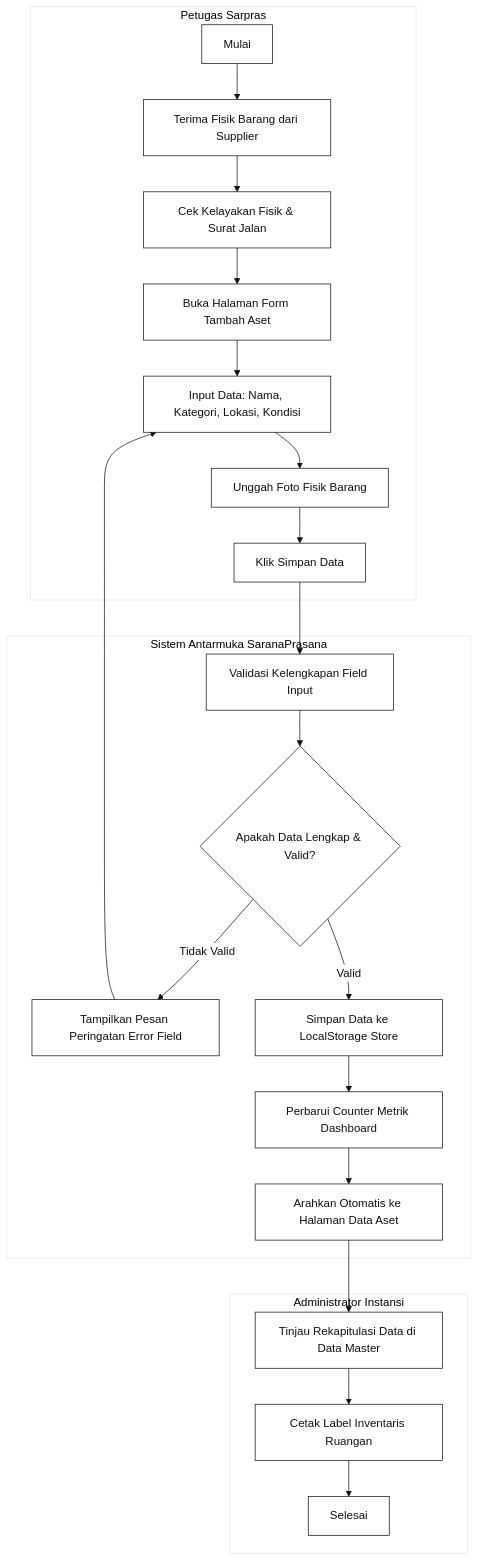
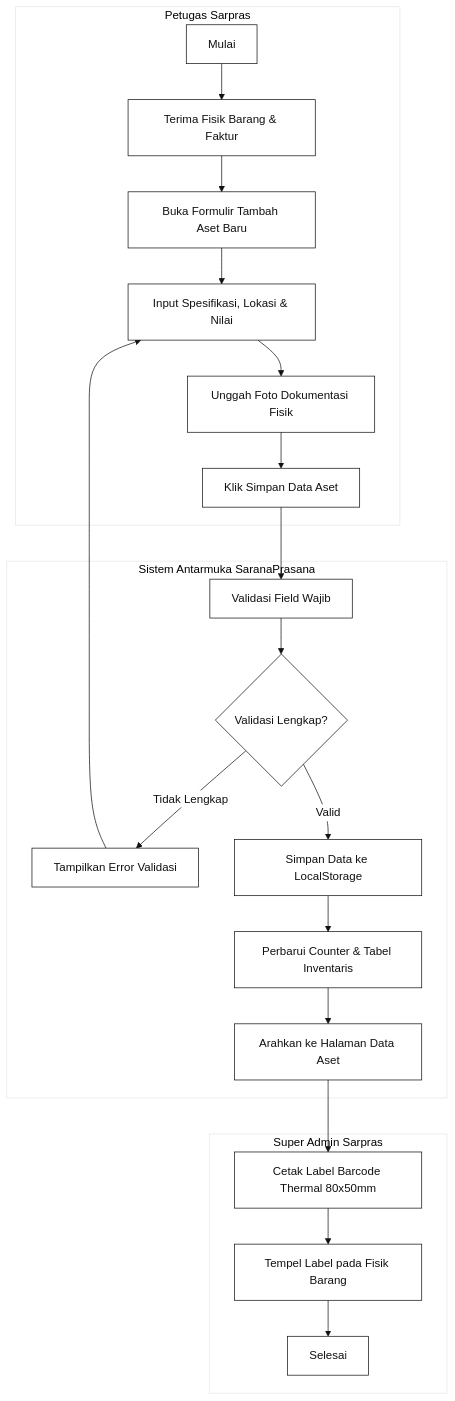
One commit to HeinrichRaxwell/Sarpras changed the second of 4 diagrams in docs/perancangan.md. Above: the diagram before and after it, drawn with Mermaid. The commit also changed other lines of this file and 12 other files, not shown here.

````diff
--- a/docs/perancangan.md
+++ b/docs/perancangan.md
@@ -145,38 +164,37 @@
 ```mermaid
 %%{init: {'theme': 'base', 'themeVariables': { 'primaryColor': '#ffffff', 'primaryBorderColor': '#111111', 'primaryTextColor': '#111111', 'lineColor': '#111111', 'secondaryColor': '#ffffff', 'tertiaryColor': '#ffffff' }}}%%
 flowchart TD
     subgraph Petugas["Petugas Sarpras"]
-        P1["Mulai"] --> P2["Terima Fisik Barang dari Supplier"]
-        P2 --> P3["Cek Kelayakan Fisik & Surat Jalan"]
-        P3 --> P4["Buka Halaman Form Tambah Aset"]
-        P4 --> P5["Input Data: Nama, Kategori, Lokasi, Kondisi"]
-        P5 --> P6["Unggah Foto Fisik Barang"]
-        P6 --> P7["Klik Simpan Data"]
+        P1["Mulai"] --> P2["Terima Fisik Barang & Faktur"]
+        P2 --> P3["Buka Formulir Tambah Aset Baru"]
+        P3 --> P4["Input Spesifikasi, Lokasi & Nilai"]
+        P4 --> P5["Unggah Foto Dokumentasi Fisik"]
+        P5 --> P6["Klik Simpan Data Aset"]
     end
 
     subgraph Sistem["Sistem Antarmuka SaranaPrasana"]
-        S1["Validasi Kelengkapan Field Input"]
-        S2{"Apakah Data Lengkap & Valid?"}
-        S3["Tampilkan Pesan Peringatan Error Field"]
-        S4["Simpan Data ke LocalStorage Store"]
-        S5["Perbarui Counter Metrik Dashboard"]
-        S6["Arahkan Otomatis ke Halaman Data Aset"]
+        S1["Validasi Field Wajib"]
+        S2{"Validasi Lengkap?"}
+        S3["Tampilkan Error Validasi"]
+        S4["Simpan Data ke LocalStorage"]
+        S5["Perbarui Counter & Tabel Inventaris"]
+        S6["Arahkan ke Halaman Data Aset"]
     end
 
-    subgraph Admin["Administrator Instansi"]
-        A1["Tinjau Rekapitulasi Data di Data Master"]
-        A2["Cetak Label Inventaris Ruangan"]
+    subgraph Admin["Super Admin Sarpras"]
+        A1["Cetak Label Barcode Thermal 80x50mm"]
+        A2["Tempel Label pada Fisik Barang"]
         A3["Selesai"]
     end
 
-    P7 --> S1
+    P6 --> S1
     S1 --> S2
-    S2 -- "Tidak Valid" --> S3
-    S3 --> P5
+    S2 -- "Tidak Lengkap" --> S3
+    S3 --> P4
     S2 -- "Valid" --> S4
     S4 --> S5
     S5 --> S6
     S6 --> A1
     A1 --> A2
     A2 --> A3
 ```
````
